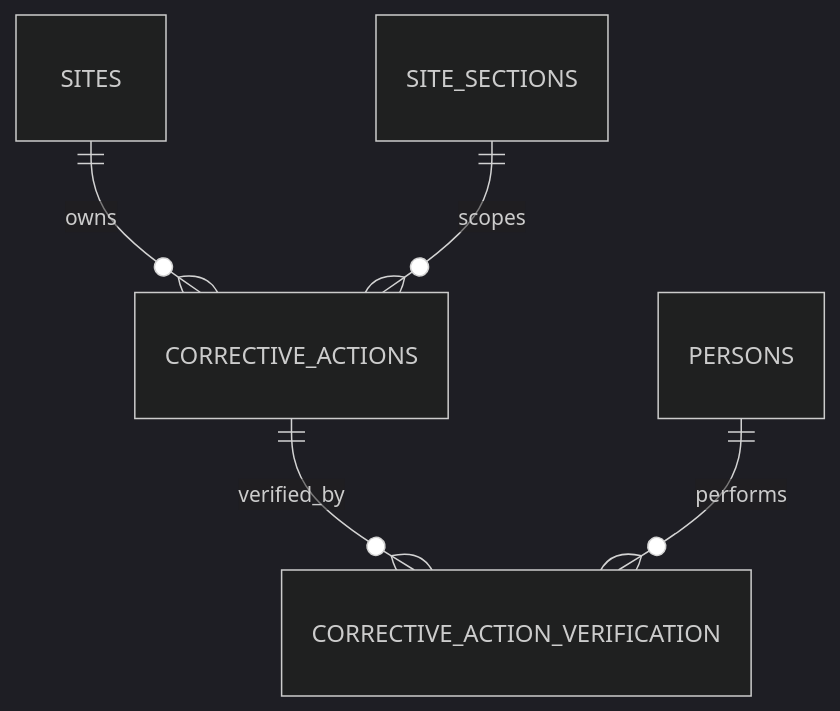
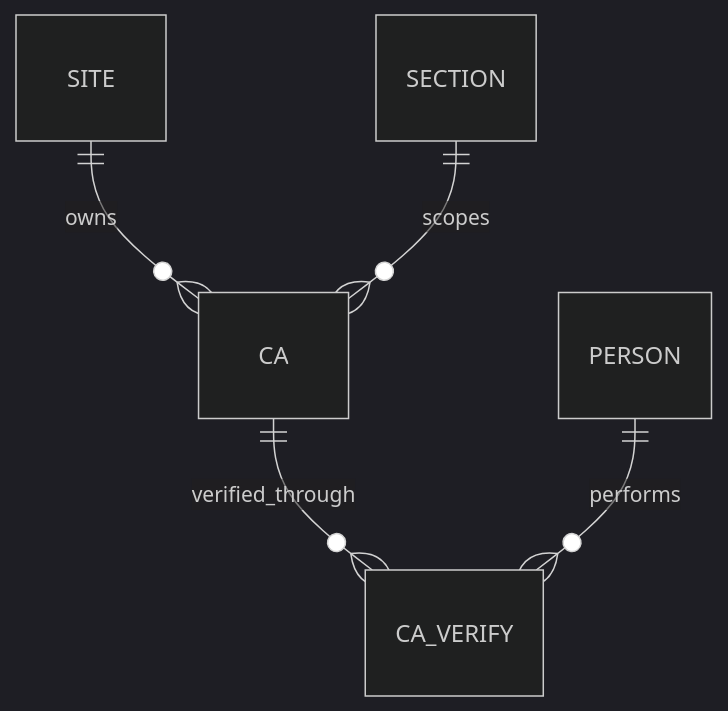
The fourth of 10 diagrams in docs/Database_ERD.md (Euchie23/HSEQ_Risk_Intel), drawn with Mermaid (dark theme) before and after one commit. The commit also changed other lines of this file, not shown here.

First line of the commit message:
Improve clarity and consistency in Database ERD documentation

````diff
--- a/docs/Database_ERD.md
+++ b/docs/Database_ERD.md
@@ -315,9 +254,9 @@
 ```mermaid
 erDiagram
 
-    SITES ||--o{ CORRECTIVE_ACTIONS : owns
-    SITE_SECTIONS ||--o{ CORRECTIVE_ACTIONS : scopes
+    SITE ||--o{ CA : owns
+    SECTION ||--o{ CA : scopes
 
-    CORRECTIVE_ACTIONS ||--o{ CORRECTIVE_ACTION_VERIFICATION : verified_by
-    PERSONS ||--o{ CORRECTIVE_ACTION_VERIFICATION : performs
+    CA ||--o{ CA_VERIFY : verified_through
+    PERSON ||--o{ CA_VERIFY : performs
 ```
````
